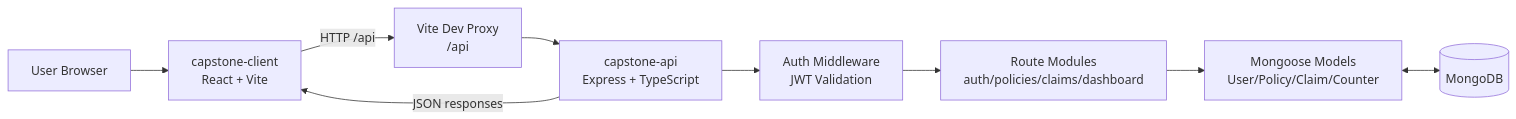
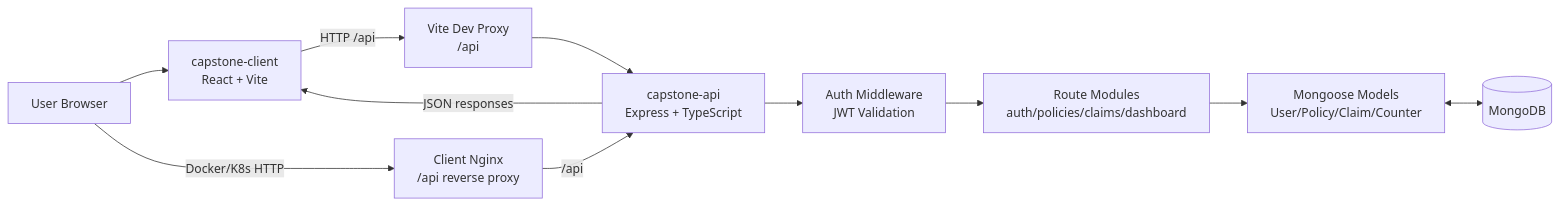
Before and after one commit to iltStudent11/Policy-Claims-Tracker: the first of 2 diagrams in ARCHITECTURE.md, drawn with Mermaid. The commit also changed other lines of this file and 3 other files, not shown here.

Commit message:
Updated Readme's and architecture documents

````diff
--- a/ARCHITECTURE.md
+++ b/ARCHITECTURE.md
@@ -23,20 +31,23 @@
 ```mermaid
 flowchart LR
   User[User Browser]
   Client[capstone-client\nReact + Vite]
   Proxy[Vite Dev Proxy\n/api]
+  Nginx[Client Nginx\n/api reverse proxy]
   API[capstone-api\nExpress + TypeScript]
   Auth[Auth Middleware\nJWT Validation]
   Routes[Route Modules\nauth/policies/claims/dashboard]
   Models[Mongoose Models\nUser/Policy/Claim/Counter]
   DB[(MongoDB)]
 
   User --> Client
   Client -->|HTTP /api| Proxy
   Proxy --> API
+  User -->|Docker/K8s HTTP| Nginx
+  Nginx -->|/api| API
   API --> Auth
   Auth --> Routes
   Routes --> Models
   Models <--> DB
   API -->|JSON responses| Client
 ```
````
